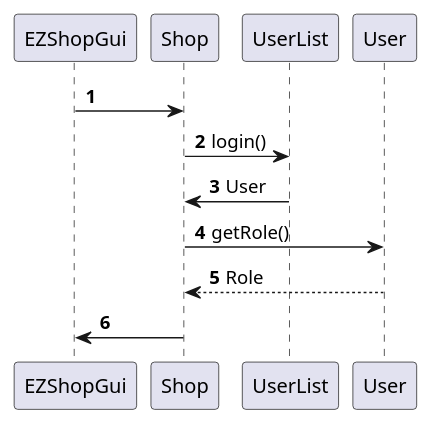
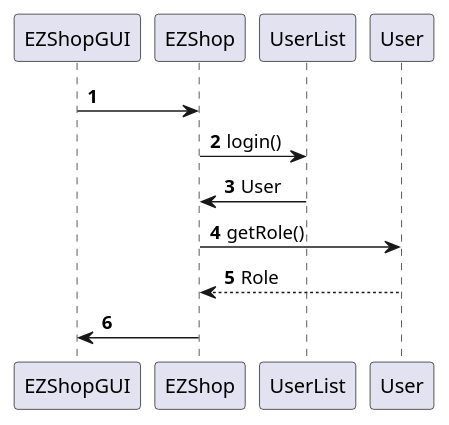
Before and after one commit to mkexc/ezshop: diagram 13 of 22 in Deliverables/DesignDocument.md, drawn with PlantUML. The commit also changed other lines of this file, not shown here.

````diff
--- a/Deliverables/DesignDocument.md
+++ b/Deliverables/DesignDocument.md
@@ -505,11 +402,11 @@
 ```plantuml
 @startuml
 autonumber
-EZShopGui -> Shop 
-Shop -> UserList : login()
-Shop <- UserList : User
-Shop -> User : getRole()
-Shop <-- User : Role
-EZShopGui <- Shop
+EZShopGUI -> EZShop 
+EZShop -> UserList : login()
+EZShop <- UserList : User
+EZShop -> User : getRole()
+EZShop <-- User : Role
+EZShopGUI <- EZShop
 @enduml
 ```
````
